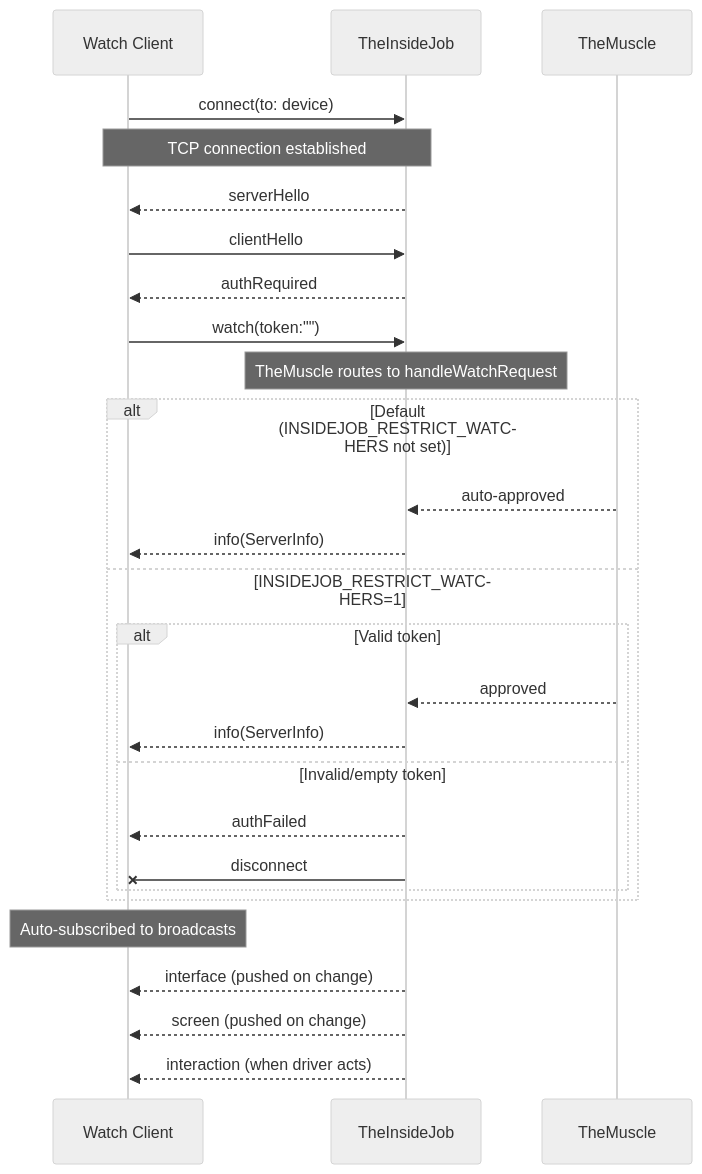
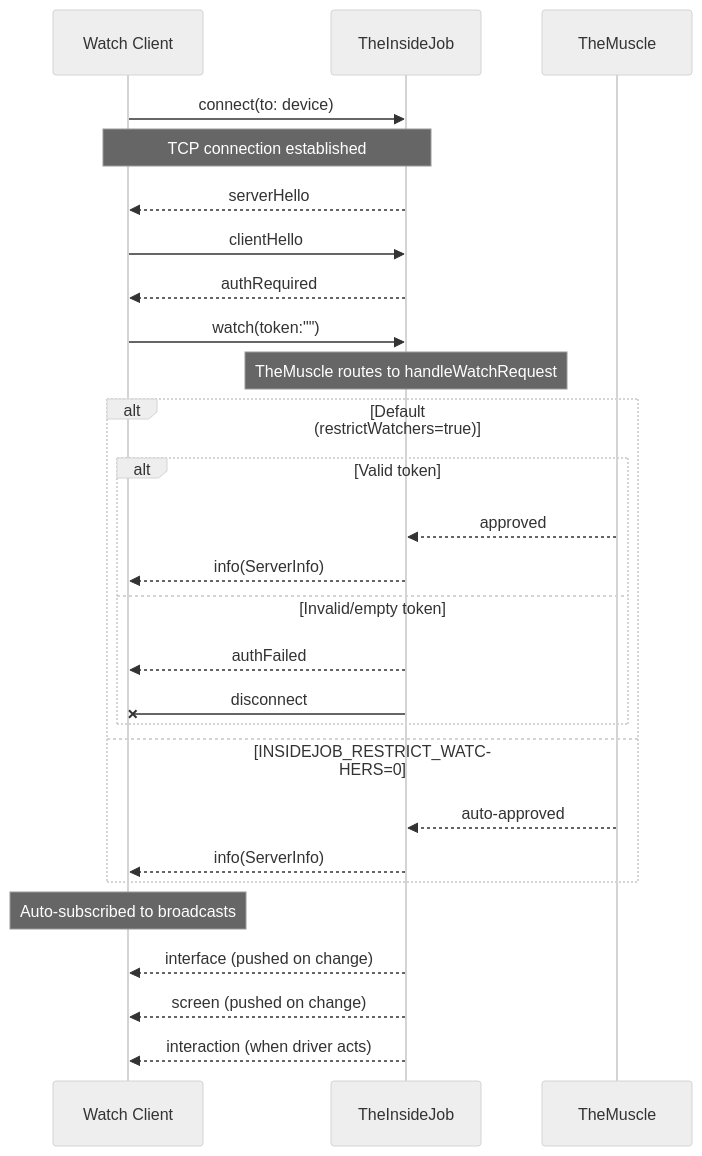
One commit to RoyalPineapple/TheButtonHeist changed the seventh of 10 diagrams in docs/ARCHITECTURE.md. Above: the diagram before and after it, drawn with Mermaid (neutral theme). The commit also changed other lines of this file and 20 other files, not shown here.

````diff
--- a/docs/ARCHITECTURE.md
+++ b/docs/ARCHITECTURE.md
@@ -461,33 +505,33 @@
 ```mermaid
 sequenceDiagram
     participant WC as Watch Client
     participant IJ as TheInsideJob
     participant TM as TheMuscle
 
     WC->>IJ: connect(to: device)
     Note over WC,IJ: TCP connection established
     IJ-->>WC: serverHello
     WC->>IJ: clientHello
     IJ-->>WC: authRequired
 
     WC->>IJ: watch(token:"")
     Note over IJ: TheMuscle routes to handleWatchRequest
 
-    alt Default (INSIDEJOB_RESTRICT_WATCHERS not set)
-        TM-->>IJ: auto-approved
-        IJ-->>WC: info(ServerInfo)
-    else INSIDEJOB_RESTRICT_WATCHERS=1
+    alt Default (restrictWatchers=true)
         alt Valid token
             TM-->>IJ: approved
             IJ-->>WC: info(ServerInfo)
         else Invalid/empty token
             IJ-->>WC: authFailed
             IJ-xWC: disconnect
         end
+    else INSIDEJOB_RESTRICT_WATCHERS=0
+        TM-->>IJ: auto-approved
+        IJ-->>WC: info(ServerInfo)
     end
 
     Note over WC: Auto-subscribed to broadcasts
     IJ-->>WC: interface (pushed on change)
     IJ-->>WC: screen (pushed on change)
     IJ-->>WC: interaction (when driver acts)
 ```
````
